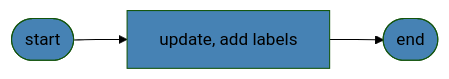
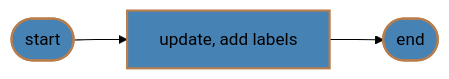
One commit to 7s4e/p3 changed diagram 11 of 20 in scripts/table/design.md. Above: the diagram before and after it, drawn with Mermaid (forest theme). The commit also changed other lines of this file, not shown here.

````diff
--- a/scripts/table/design.md
+++ b/scripts/table/design.md
@@ -359,7 +359,7 @@
 ```mermaid
 flowchart LR
-    classDef fill fill:#4682b4
-    STR([start]):::fill -->
-    PRC[update, add labels]:::fill -->
-    END([end]):::fill
+    classDef shape fill:#4682b4,stroke:#b97d4b,stroke-width:2px
+    STR([start]):::shape -->
+    PRC[update, add labels]:::shape -->
+    END([end]):::shape
 ```
````
